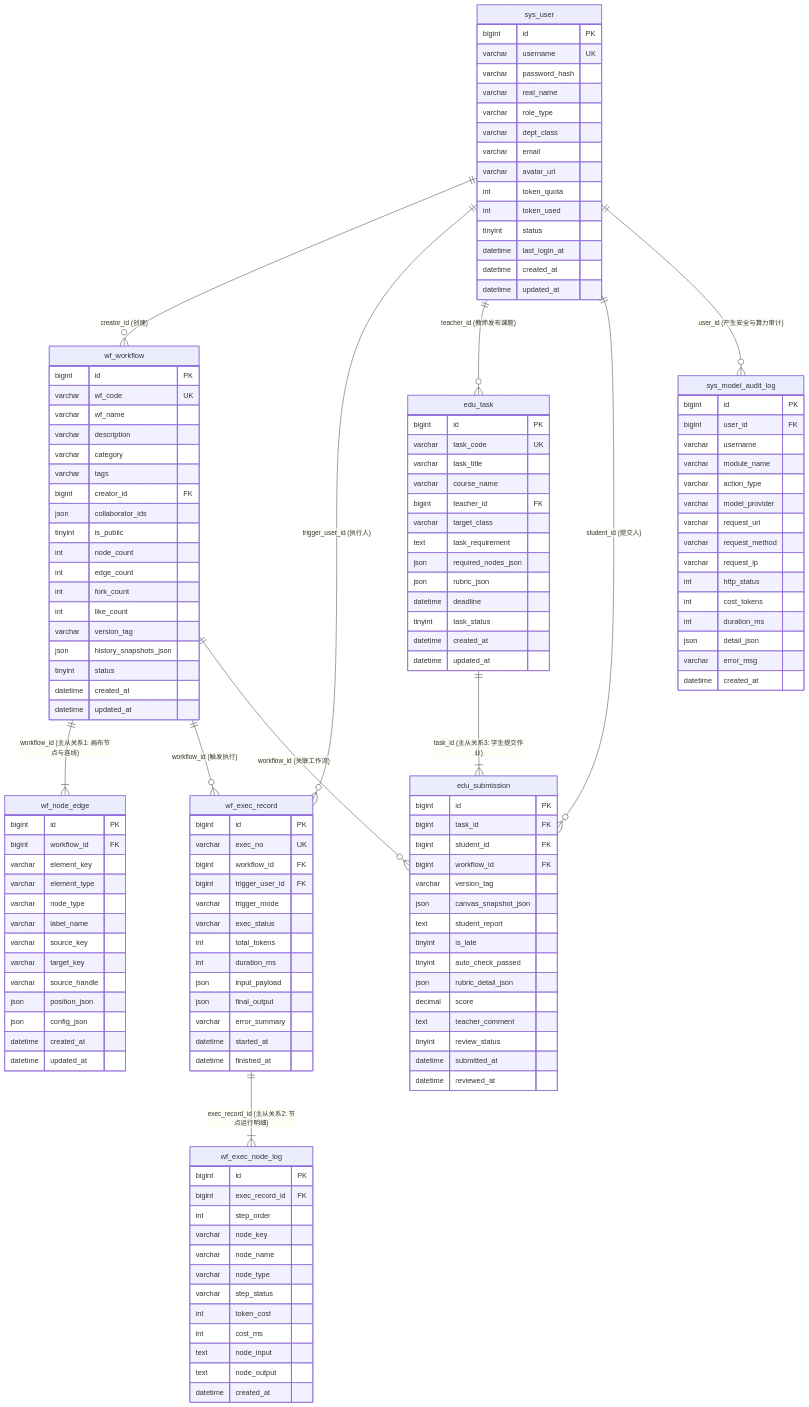
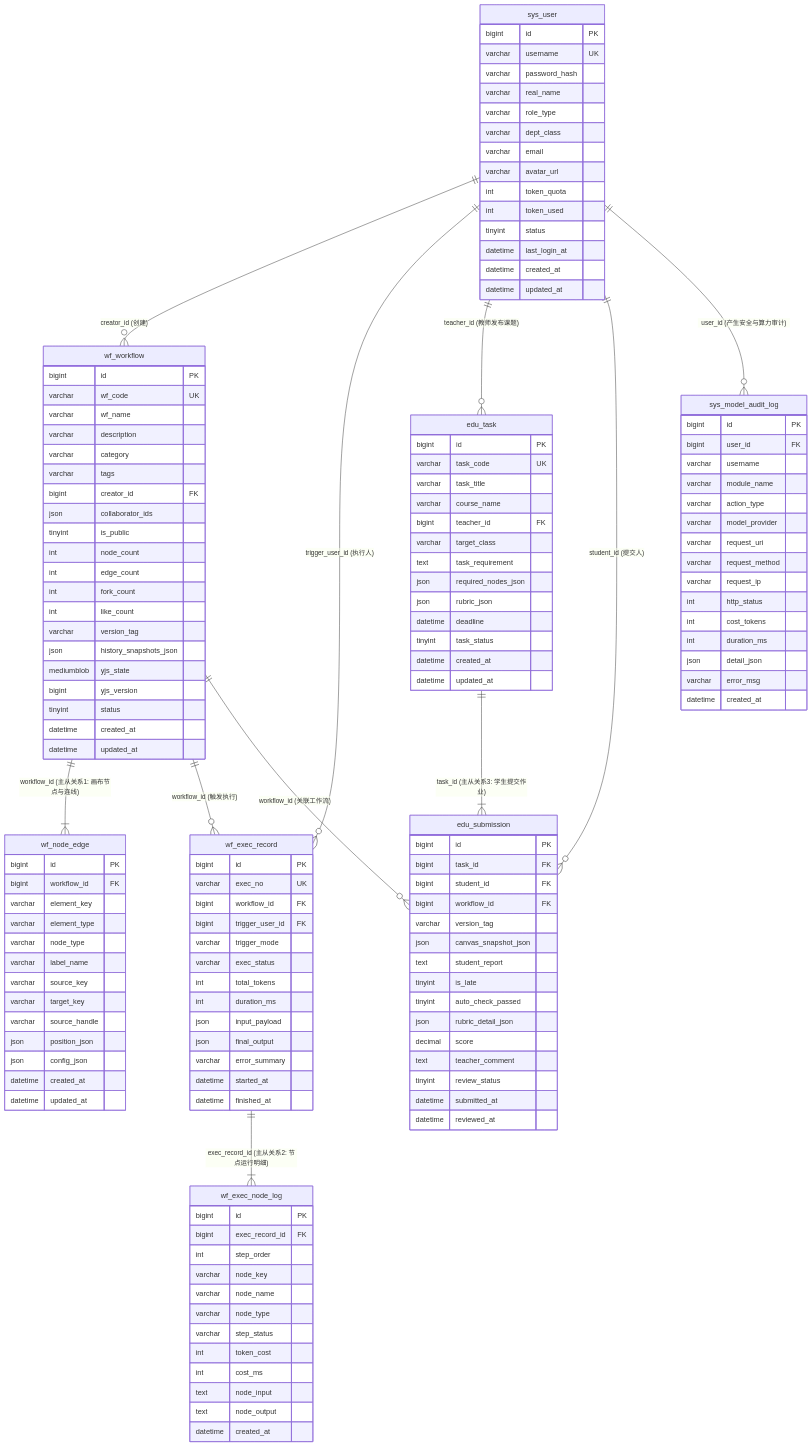
One commit to Alcrex/FlowMind changed the diagram in docs/DATABASE.md. Above: the diagram before and after it, drawn with Mermaid. The commit also changed other lines of this file and 47 other files, not shown here.

```diff
--- a/docs/DATABASE.md
+++ b/docs/DATABASE.md
@@ -82,6 +82,8 @@
         int like_count
         varchar version_tag
         json history_snapshots_json
+        mediumblob yjs_state
+        bigint yjs_version
         tinyint status
         datetime created_at
         datetime updated_at
```
